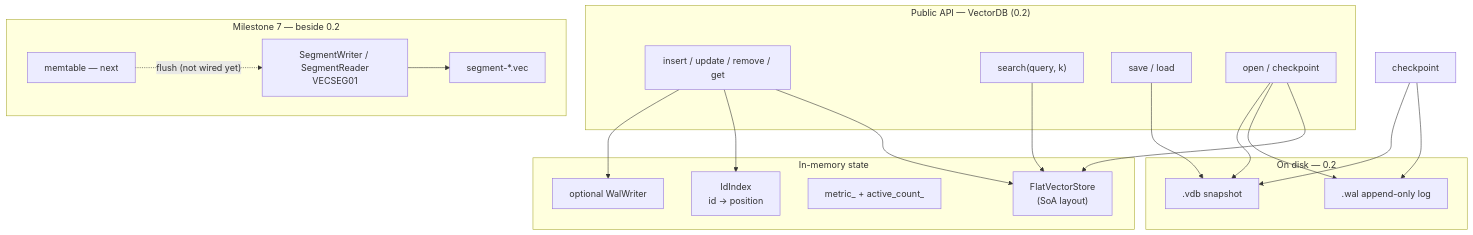
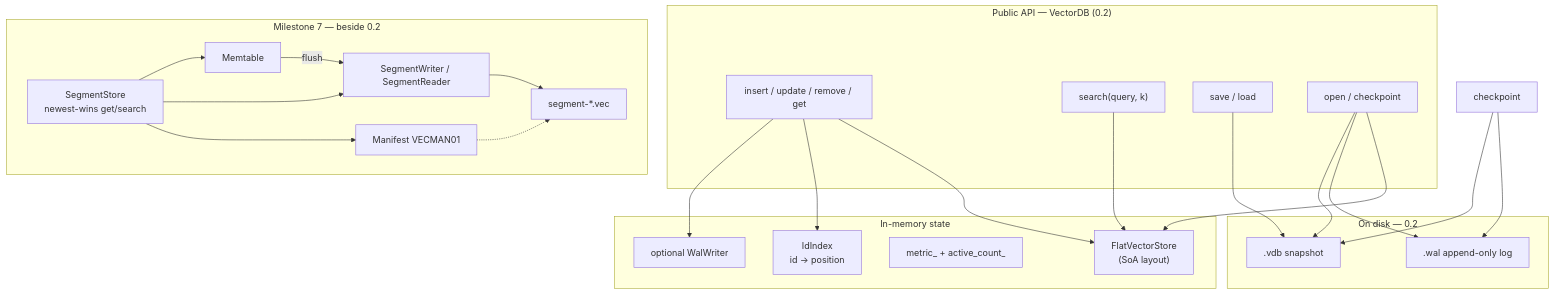
One commit to Kumario1/vectorDB changed the third of 6 diagrams in README.md. Above: the diagram before and after it, drawn with Mermaid. The commit also changed other lines of this file, not shown here.

First line of the commit message:
docs: refresh README for Milestone 7 through SegmentStore

````diff
--- a/README.md
+++ b/README.md
@@ -56,40 +62,46 @@
 ```mermaid
 flowchart TB
   subgraph API["Public API — VectorDB (0.2)"]
     insert["insert / update / remove / get"]
     search["search(query, k)"]
     save["save / load"]
     open["open / checkpoint"]
   end
 
   subgraph Memory["In-memory state"]
     store["FlatVectorStore\n(SoA layout)"]
     index["IdIndex\nid → position"]
     meta["metric_ + active_count_"]
     walptr["optional WalWriter"]
   end
 
   subgraph Disk["On disk — 0.2"]
     snap[".vdb snapshot"]
     wallog[".wal append-only log"]
   end
 
   subgraph M7["Milestone 7 — beside 0.2"]
-    seglib["SegmentWriter / SegmentReader\nVECSEG01"]
+    seglib["SegmentWriter / SegmentReader"]
+    mt["Memtable"]
+    man["Manifest VECMAN01"]
+    ss["SegmentStore\nnewest-wins get/search"]
     segfile["segment-*.vec"]
-    mt["memtable — next"]
   end
 
   insert --> walptr
   insert --> index
   insert --> store
   search --> store
   save --> snap
   open --> snap
   open --> wallog
   open --> store
   checkpoint --> snap
   checkpoint --> wallog
+  mt -->|"flush"| seglib
   seglib --> segfile
-  mt -.->|"flush (not wired yet)"| seglib
+  ss --> mt
+  ss --> man
+  ss --> seglib
+  man -.-> segfile
 ```
````
